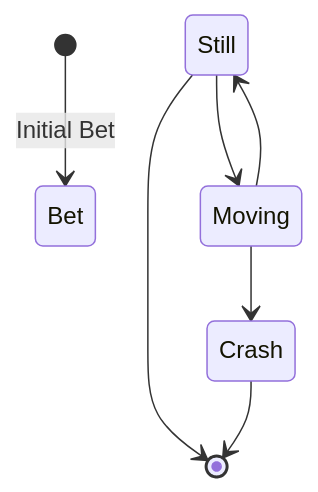
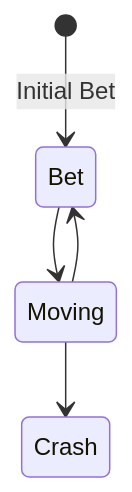
The diagram in README.md (vguttmann/betterchips), drawn with Mermaid before and after one commit.

Commit message:
markdown tests

````diff
--- a/README.md
+++ b/README.md
@@ -5,10 +5,8 @@
 ```mermaid
 stateDiagram-v2
     [*] --> Bet: Initial Bet
-    Still --> [*]
     
-    Still --> Moving
-    Moving --> Still
+    Bet --> Moving
+    Moving --> Bet
     Moving --> Crash
-    Crash --> [*]
 ```
````
